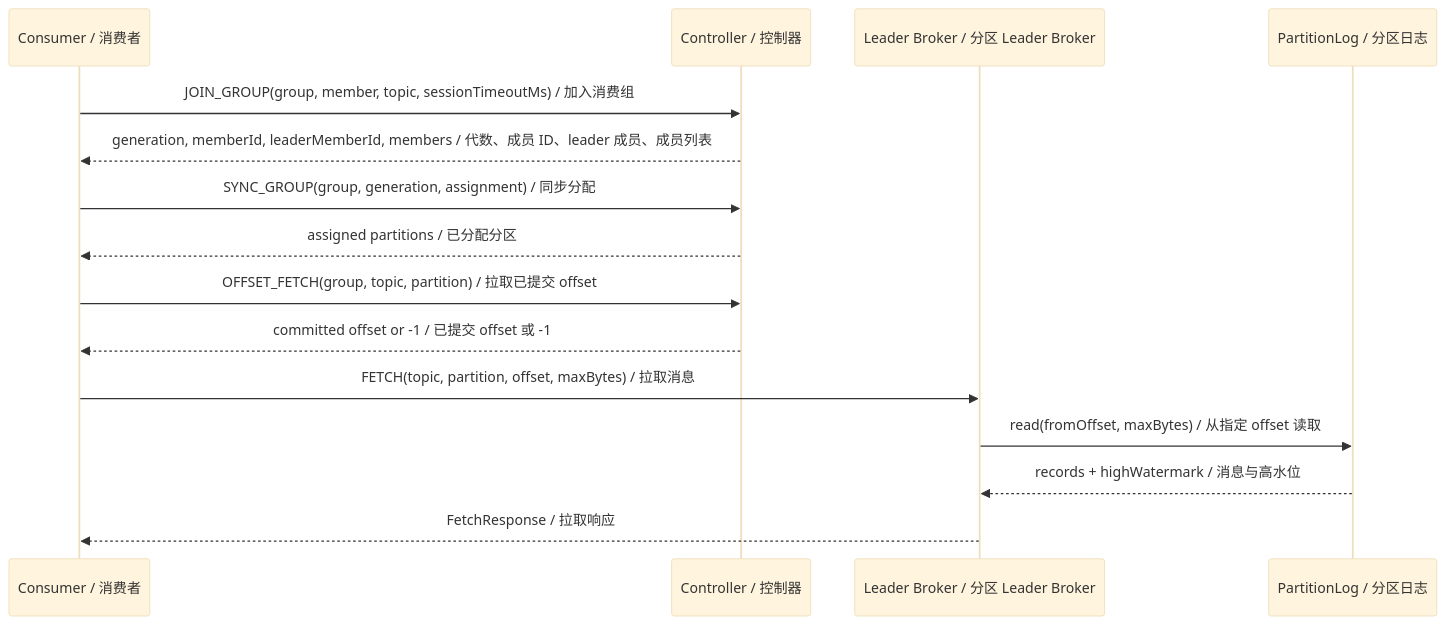
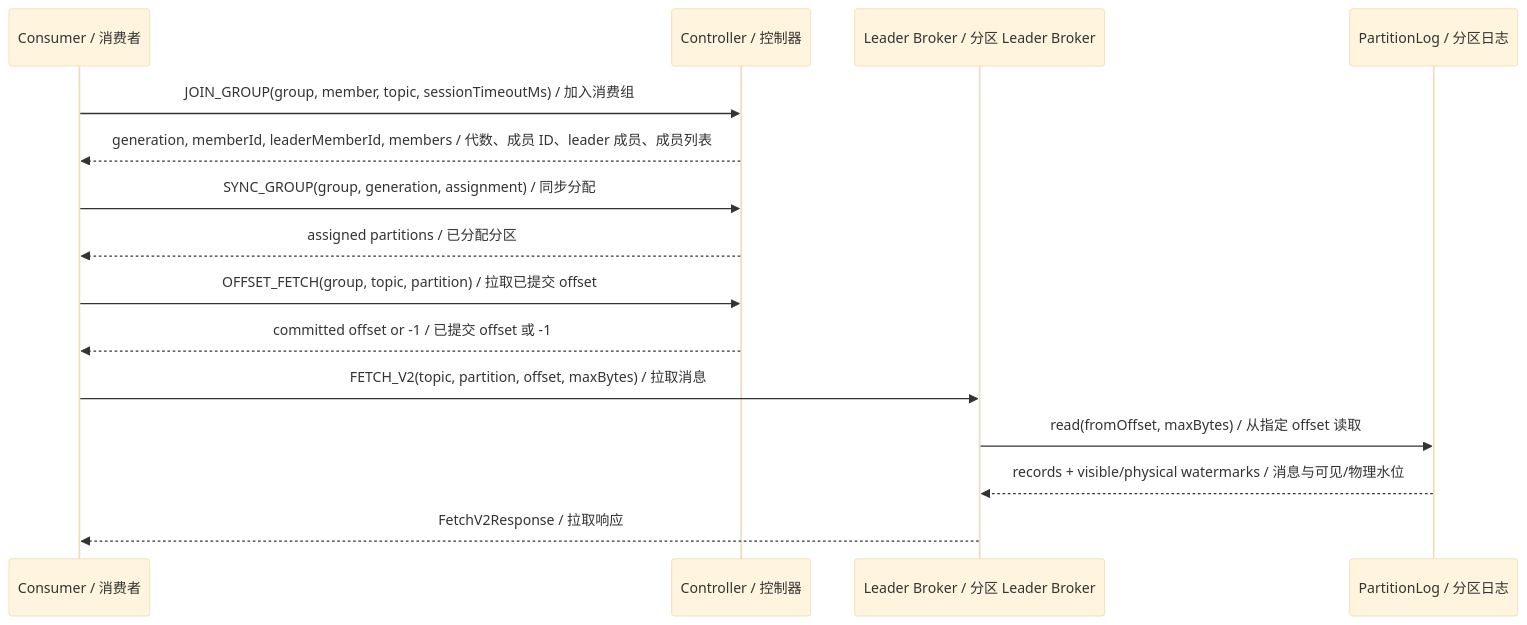
One commit to wxw121/miniMQ changed the fourth of 5 diagrams in docs/architecture.md. Above: the diagram before and after it, drawn with Mermaid (base theme). The commit also changed other lines of this file and 7 other files, not shown here.

````diff
--- a/docs/architecture.md
+++ b/docs/architecture.md
@@ -124,18 +125,18 @@
 ```mermaid
 sequenceDiagram
     participant C as Consumer / 消费者
     participant Ctrl as Controller / 控制器
     participant L as Leader Broker / 分区 Leader Broker
     participant Log as PartitionLog / 分区日志
 
     C->>Ctrl: JOIN_GROUP(group, member, topic, sessionTimeoutMs) / 加入消费组
     Ctrl-->>C: generation, memberId, leaderMemberId, members / 代数、成员 ID、leader 成员、成员列表
     C->>Ctrl: SYNC_GROUP(group, generation, assignment) / 同步分配
     Ctrl-->>C: assigned partitions / 已分配分区
     C->>Ctrl: OFFSET_FETCH(group, topic, partition) / 拉取已提交 offset
     Ctrl-->>C: committed offset or -1 / 已提交 offset 或 -1
-    C->>L: FETCH(topic, partition, offset, maxBytes) / 拉取消息
+    C->>L: FETCH_V2(topic, partition, offset, maxBytes) / 拉取消息
     L->>Log: read(fromOffset, maxBytes) / 从指定 offset 读取
-    Log-->>L: records + highWatermark / 消息与高水位
-    L-->>C: FetchResponse / 拉取响应
+    Log-->>L: records + visible/physical watermarks / 消息与可见/物理水位
+    L-->>C: FetchV2Response / 拉取响应
 ```
````
